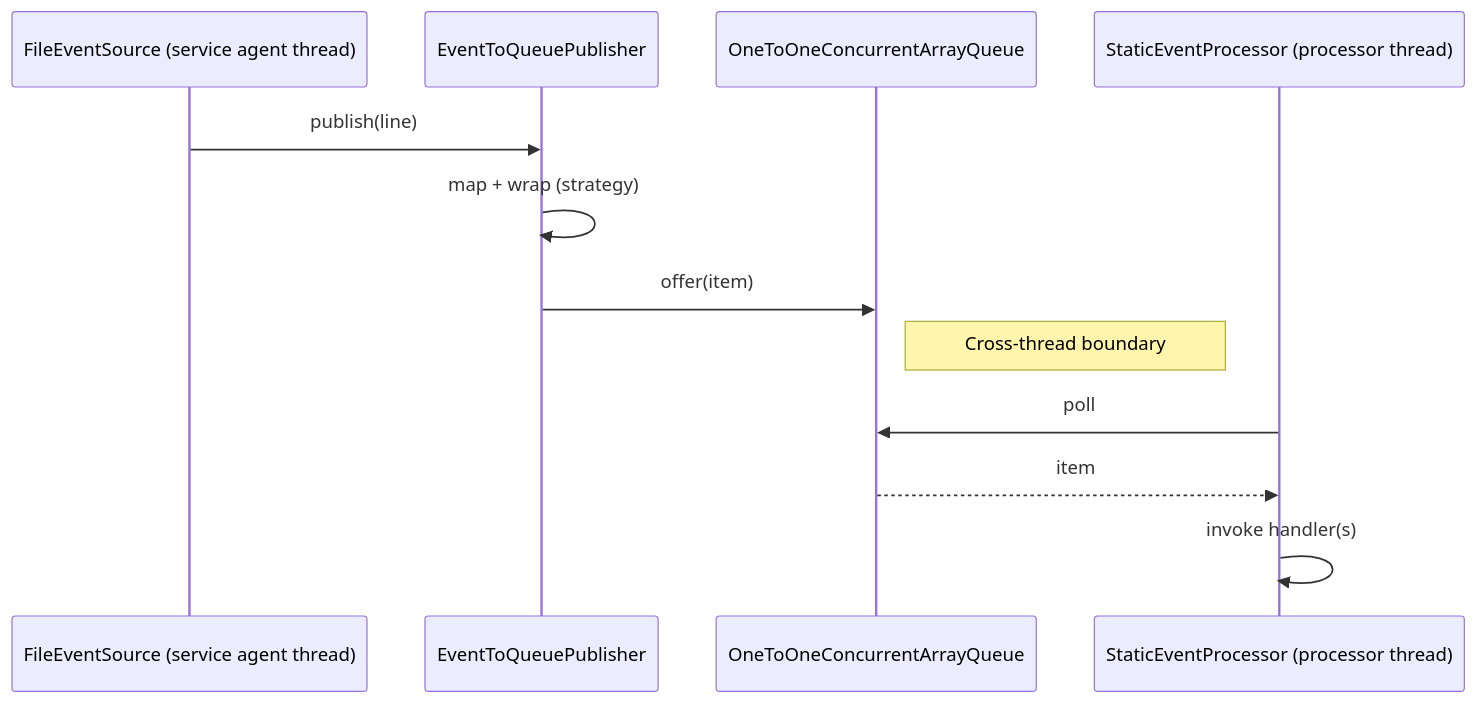
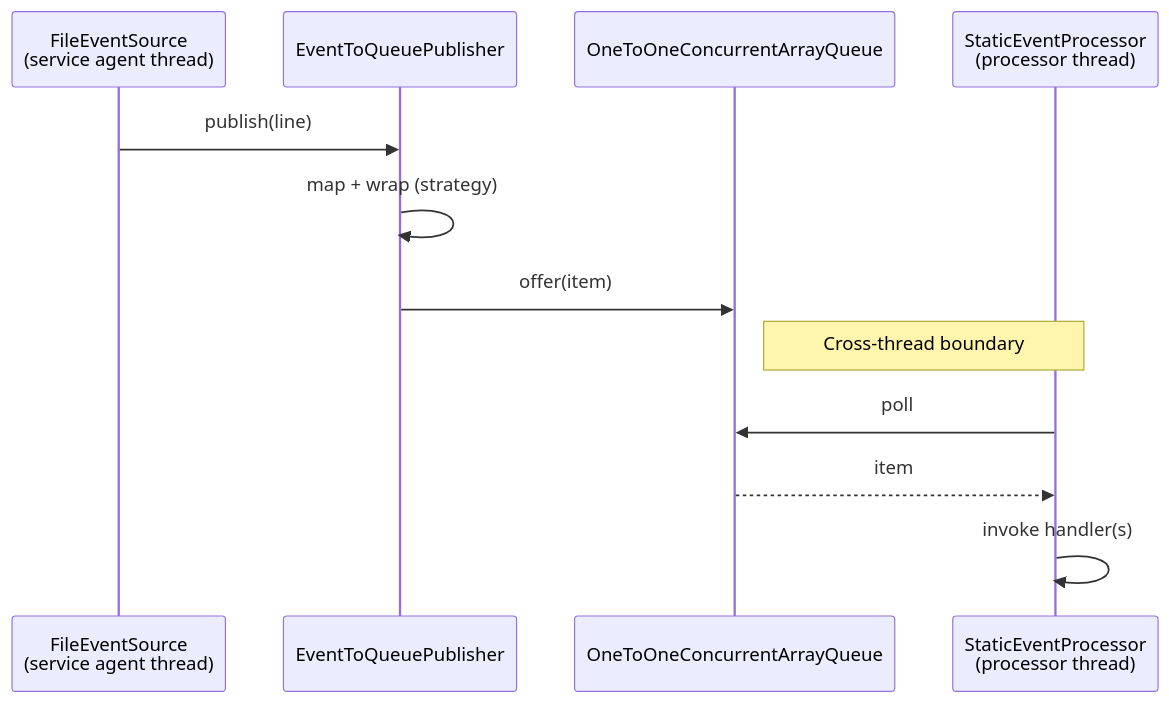
Before and after one commit to gregv12/fluxtion-server: the third of 3 diagrams in docs/architecture/threading-model.md, drawn with Mermaid. The commit also changed other lines of this file, not shown here.

Commit message:
update: refine threading model diagrams with consistent `<br>` tag formatting

````diff
--- a/docs/architecture/threading-model.md
+++ b/docs/architecture/threading-model.md
@@ -127,15 +127,15 @@
 ```mermaid
 sequenceDiagram
-    participant SRC as FileEventSource (service agent thread)
+    participant SRC as FileEventSource <br>(service agent thread)
     participant PUB as EventToQueuePublisher
     participant Q as OneToOneConcurrentArrayQueue
-    participant P as StaticEventProcessor (processor thread)
+    participant P as StaticEventProcessor <br>(processor thread)
 
     SRC->>PUB: publish(line)
     PUB->>PUB: map + wrap (strategy)
     PUB->>Q: offer(item)
     Note right of Q: Cross-thread boundary
     P->>Q: poll
     Q-->>P: item
     P->>P: invoke handler(s)
 ```
````
